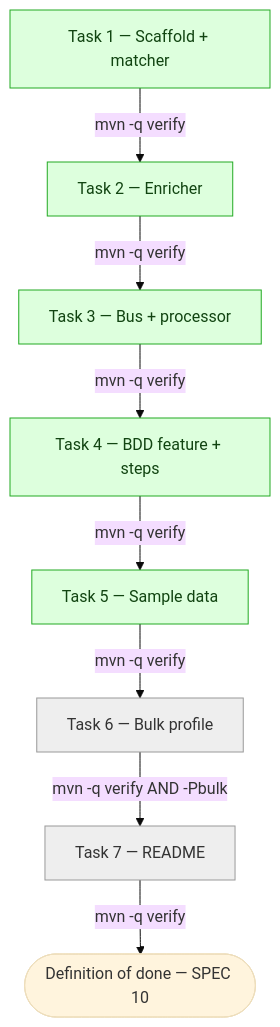
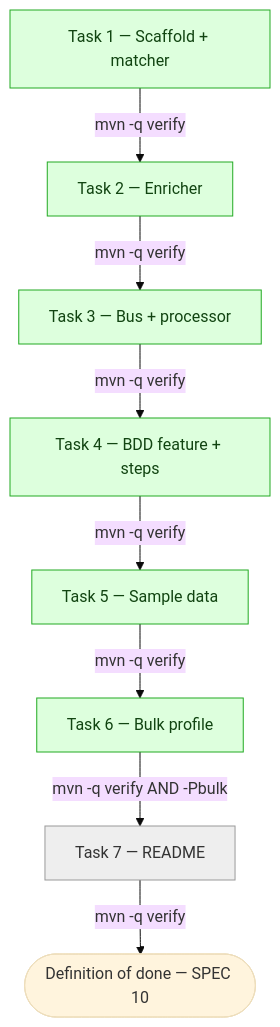
Before and after one commit to Cozentus-Technologies/DSV-test-assignement: the ninth of 10 diagrams in docs/ARCHITECTURE.md, drawn with Mermaid (base theme). The commit also changed other lines of this file and 4 other files, not shown here.

````diff
--- a/docs/ARCHITECTURE.md
+++ b/docs/ARCHITECTURE.md
@@ -362,23 +362,23 @@
 ```mermaid
 flowchart TD
     T1["Task 1 — Scaffold + matcher"]
     T2["Task 2 — Enricher"]
     T3["Task 3 — Bus + processor"]
     T4["Task 4 — BDD feature + steps"]
     T5["Task 5 — Sample data"]
     T6["Task 6 — Bulk profile"]
     T7["Task 7 — README"]
 
     T1 -->|"mvn -q verify"| T2
     T2 -->|"mvn -q verify"| T3
     T3 -->|"mvn -q verify"| T4
     T4 -->|"mvn -q verify"| T5
     T5 -->|"mvn -q verify"| T6
     T6 -->|"mvn -q verify AND -Pbulk"| T7
     T7 -->|"mvn -q verify"| DONE(["Definition of done — SPEC 10"])
 
     classDef done fill:#dfd,stroke:#2a2,color:#141;
     classDef pending fill:#eee,stroke:#999,color:#333;
-    class T1,T2,T3,T4,T5 done
-    class T6,T7 pending
+    class T1,T2,T3,T4,T5,T6 done
+    class T7 pending
 ```
````
